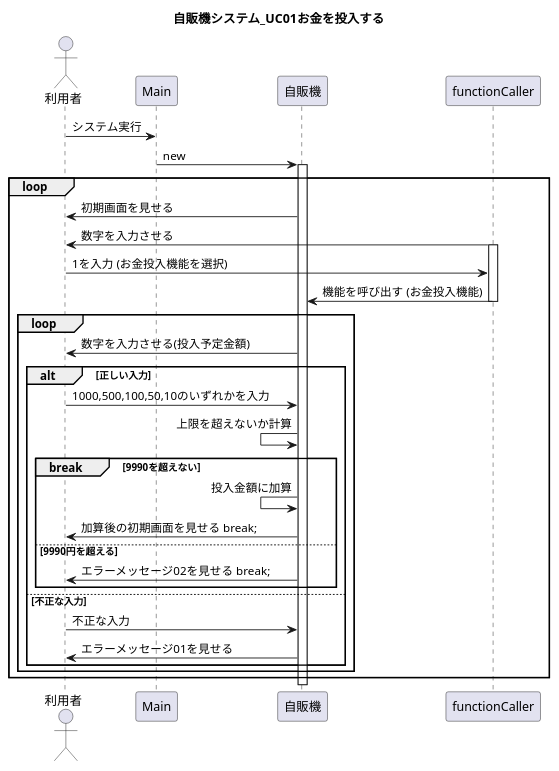
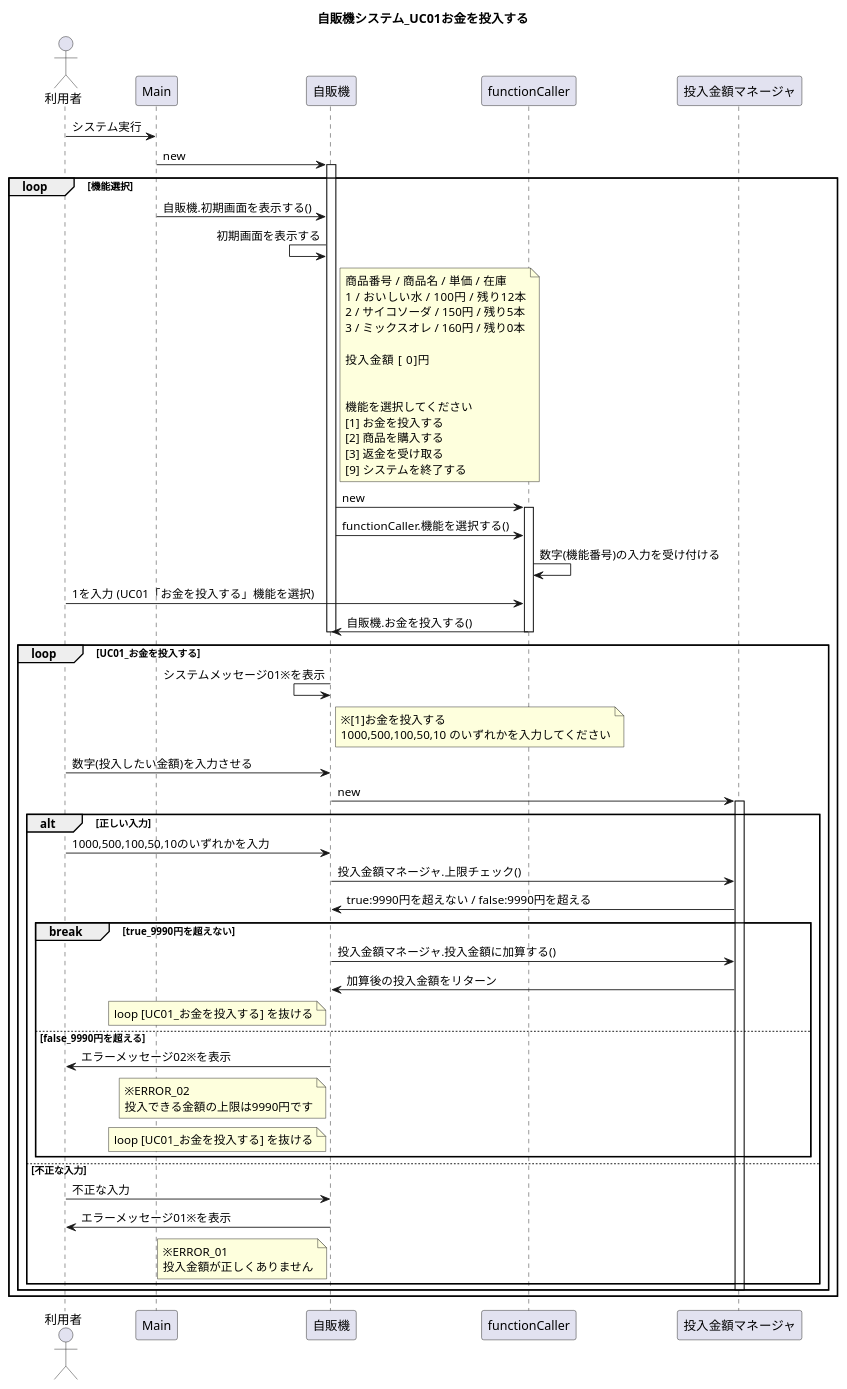
Before and after one commit to W-Nakayama-24/VendingMachine_CUI: the diagram in UML_class_sequence/VendingMachine_sequence01.puml, drawn with PlantUML. The commit also changed 3 other files, not shown here.

Commit message:
FIX classDiag and sequence01

```diff
--- a/UML_class_sequence/VendingMachine_sequence01.puml
+++ b/UML_class_sequence/VendingMachine_sequence01.puml
@@ -1,46 +1,98 @@
 @startuml
 title 自販機システム_UC01お金を投入する
 
 actor 利用者
 利用者 -> Main : システム実行
 
 participant Main
 
 Main -> 自販機 : new
 activate 自販機
 
+loop 機能選択
+    Main -> 自販機 : 自販機.初期画面を表示する()
+    自販機 <- 自販機 : 初期画面を表示する
+
+    note right of 自販機
+    商品番号 / 商品名 / 単価  / 在庫
+    1 / おいしい水   / 100円 / 残り12本
+    2 / サイコソーダ / 150円 / 残り5本
+    3 / ミックスオレ / 160円 / 残り0本
+
+    投入金額 [   0]円
 
 
-loop
-    利用者 <- 自販機 : 初期画面を見せる
+    機能を選択してください
+    [1] お金を投入する
+    [2] 商品を購入する
+    [3] 返金を受け取る
+    [9] システムを終了する
+    end note
 
-    利用者 <- functionCaller : 数字を入力させる
+    自販機 -> functionCaller : new
     activate functionCaller
-    利用者 -> functionCaller : 1を入力 (お金投入機能を選択)
-    自販機 <- functionCaller : 機能を呼び出す (お金投入機能)
+    自販機 -> functionCaller : functionCaller.機能を選択する()
+    functionCaller -> functionCaller : 数字(機能番号)の入力を受け付ける
+    利用者 -> functionCaller : 1を入力 (UC01「お金を投入する」機能を選択)
+    自販機 <- functionCaller : 自販機.お金を投入する()
     deactivate functionCaller
+    deactivate 自販機
 
-    loop 
-    利用者 <- 自販機 : 数字を入力させる(投入予定金額)
+    loop UC01_お金を投入する
     
+
+    自販機 <- 自販機 : システムメッセージ01※を表示
+    
+    note right of 自販機
+    ※[1]お金を投入する
+    1000,500,100,50,10 のいずれかを入力してください
+    end note
+
+    利用者 -> 自販機 : 数字(投入したい金額)を入力させる
+    自販機 -> 投入金額マネージャ : new
+    activate 投入金額マネージャ
+
         alt 正しい入力
         利用者 -> 自販機 : 1000,500,100,50,10のいずれかを入力
-        自販機 <- 自販機 : 上限を超えないか計算
+        自販機 -> 投入金額マネージャ : 投入金額マネージャ.上限チェック()
+        自販機 <- 投入金額マネージャ : true:9990円を超えない / false:9990円を超える
 
-            break 9990を超えない
-            自販機 <- 自販機 : 投入金額に加算 
-            利用者 <- 自販機 : 加算後の初期画面を見せる break;
+            break true_9990円を超えない
+            自販機 -> 投入金額マネージャ : 投入金額マネージャ.投入金額に加算する()
+            自販機 <- 投入金額マネージャ : 加算後の投入金額をリターン    
 
-            else 9990円を超える
-            利用者 <- 自販機 : エラーメッセージ02を見せる break;
+            note left of 自販機
+            loop [UC01_お金を投入する] を抜ける
+            end note
+
+            else false_9990円を超える
+            利用者 <- 自販機 : エラーメッセージ02※を表示
+            
+            note left of 自販機
+            ※ERROR_02
+            投入できる金額の上限は9990円です
+            end note
+
+            note left of 自販機
+            loop [UC01_お金を投入する] を抜ける
+            end note
 
             end
 
         else 不正な入力
         利用者 -> 自販機 : 不正な入力
-        利用者 <- 自販機 : エラーメッセージ01を見せる
+        利用者 <- 自販機 : エラーメッセージ01※を表示
+        
+        note left of 自販機
+        ※ERROR_01
+        投入金額が正しくありません
+        end note
+
         end
+    deactivate 投入金額マネージャ
     end    
+    
 end
 
+
 @enduml
```
